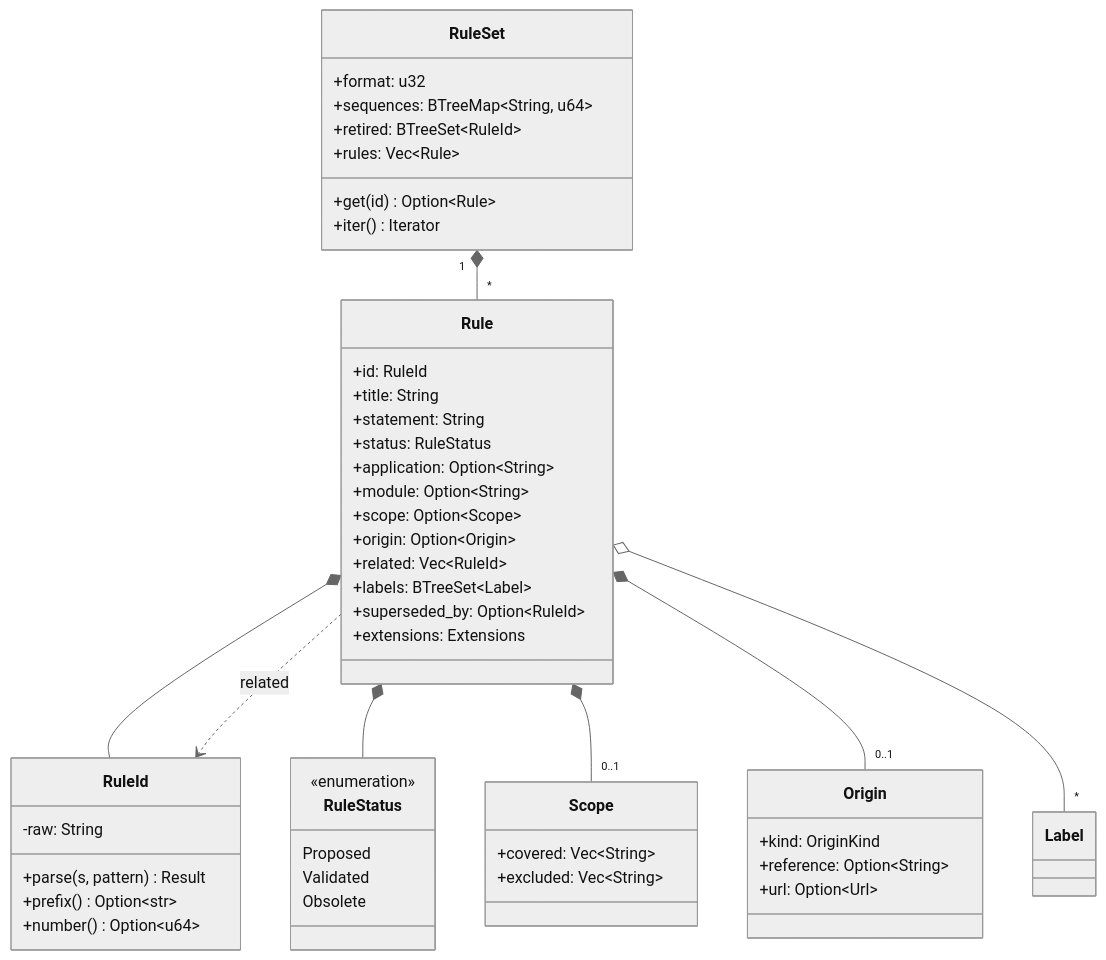
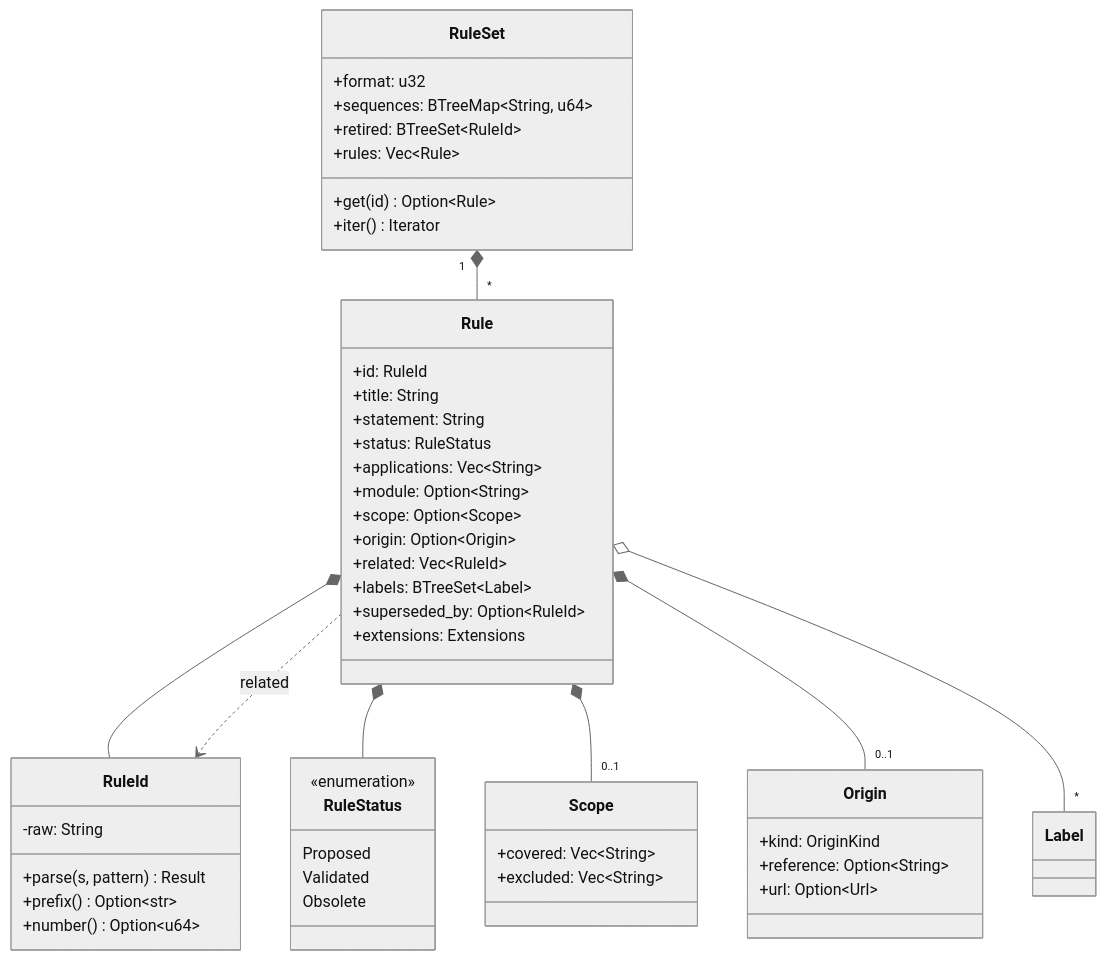
One commit to E-Jacques/Rulelink changed the first of 7 diagrams in docs/architecture/01-rule-registry.md. Above: the diagram before and after it, drawn with Mermaid (neutral theme). The commit also changed other lines of this file and 16 other files, not shown here.

````diff
--- a/docs/architecture/01-rule-registry.md
+++ b/docs/architecture/01-rule-registry.md
@@ -99,54 +100,54 @@
 ```mermaid
 classDiagram
     class RuleSet {
         +format: u32
         +sequences: BTreeMap~String, u64~
         +retired: BTreeSet~RuleId~
         +rules: Vec~Rule~
         +get(id) Option~Rule~
         +iter() Iterator
     }
     class Rule {
         +id: RuleId
         +title: String
         +statement: String
         +status: RuleStatus
-        +application: Option~String~
+        +applications: Vec~String~
         +module: Option~String~
         +scope: Option~Scope~
         +origin: Option~Origin~
         +related: Vec~RuleId~
         +labels: BTreeSet~Label~
         +superseded_by: Option~RuleId~
         +extensions: Extensions
     }
     class RuleId {
         -raw: String
         +parse(s, pattern) Result
         +prefix() Option~str~
         +number() Option~u64~
     }
     class RuleStatus {
         <<enumeration>>
         Proposed
         Validated
         Obsolete
     }
     class Scope {
         +covered: Vec~String~
         +excluded: Vec~String~
     }
     class Origin {
         +kind: OriginKind
         +reference: Option~String~
         +url: Option~Url~
     }
     class Label
     RuleSet "1" *-- "*" Rule
     Rule *-- RuleId
     Rule *-- RuleStatus
     Rule *-- "0..1" Scope
     Rule *-- "0..1" Origin
     Rule o-- "*" Label
     Rule ..> RuleId : related
 ```
````
